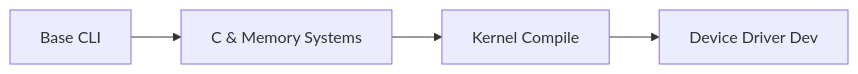
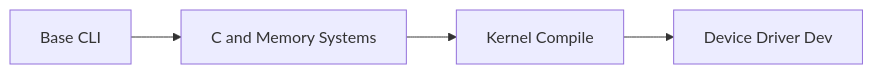
The seventh of 7 diagrams in 02 - Building Your Foundation/01 - The Roadmap.md (Harshajaya13/Foss-Club), drawn with Mermaid before and after one commit. The commit also changed other lines of this file and 3 other files, not shown here.

Commit message:
fix raw ampersands in Mermaid and link contributing guide prominently in README

````diff
--- a/02 - Building Your Foundation/01 - The Roadmap.md
+++ b/02 - Building Your Foundation/01 - The Roadmap.md
@@ -211,6 +211,6 @@
 ```mermaid
 graph LR
-    Base["Base CLI"] --> Memory["C & Memory Systems"]
+    Base["Base CLI"] --> Memory["C and Memory Systems"]
     Memory --> Compilation["Kernel Compile"]
     Compilation --> Drivers["Device Driver Dev"]
 ```
````
